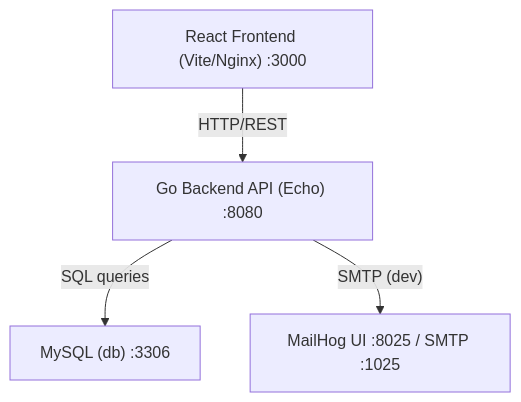
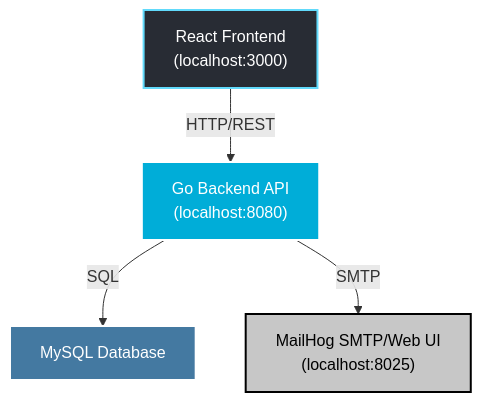
Before and after one commit to EliranMalka1/secure-Comunication_LTD: the diagram in README.md, drawn with Mermaid.

Commit message:
update general README file

````diff
--- a/README.md
+++ b/README.md
@@ -7,6 +7,11 @@
 ```mermaid
 flowchart TD
-  A["React Frontend (Vite/Nginx) :3000"] -->|"HTTP/REST"| B["Go Backend API (Echo) :8080"]
-  B -->|"SQL queries"| C["MySQL (db) :3306"]
-  B -->|"SMTP (dev)"| D["MailHog UI :8025 / SMTP :1025"]
+    A["React Frontend\n(localhost:3000)"] -->|HTTP/REST| B["Go Backend API\n(localhost:8080)"]
+    B -->|SQL| C["MySQL Database"]
+    B -->|SMTP| D["MailHog SMTP/Web UI\n(localhost:8025)"]
+
+    style A fill:#282c34,stroke:#61DAFB,stroke-width:2px,color:#fff
+    style B fill:#00ADD8,stroke:#fff,stroke-width:2px,color:#fff
+    style C fill:#4479A1,stroke:#fff,stroke-width:2px,color:#fff
+    style D fill:#c7c7c7,stroke:#000,stroke-width:2px,color:#000
 ```
````
